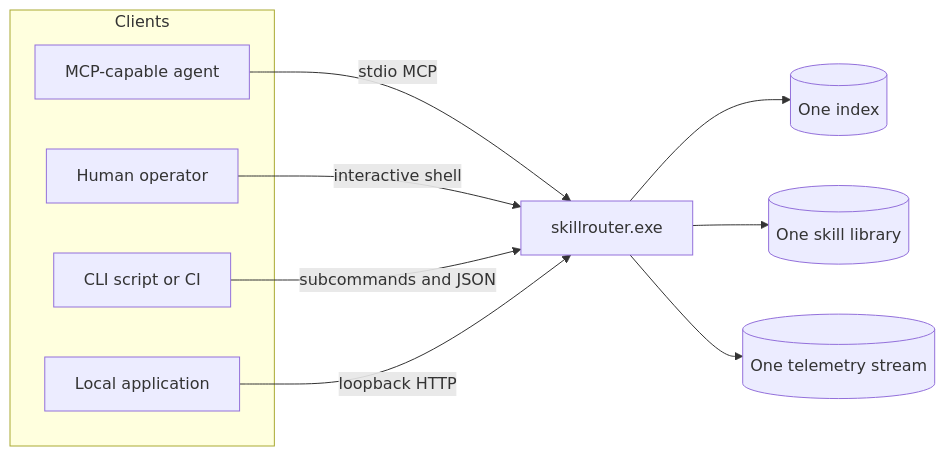
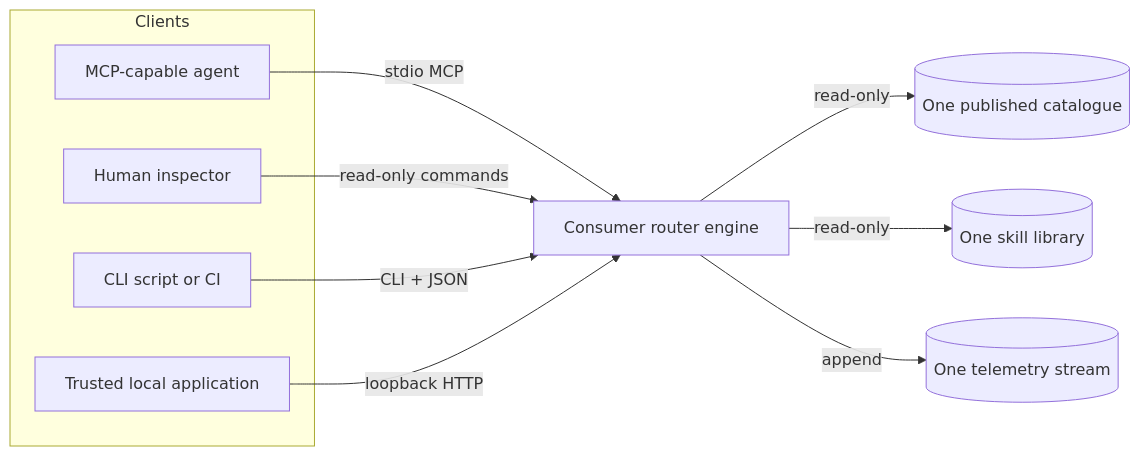
The third of 6 diagrams in docs/INTEGRATION_PATTERNS.md (moritzketzer/skill-router), drawn with Mermaid before and after one commit. The commit also changed other lines of this file and 17 other files, not shown here.

````diff
--- a/docs/INTEGRATION_PATTERNS.md
+++ b/docs/INTEGRATION_PATTERNS.md
@@ -64,18 +65,18 @@
 ```mermaid
 flowchart LR
     subgraph Clients
         M[MCP-capable agent]
-        S[Human operator]
+        S[Human inspector]
         C[CLI script or CI]
-        H[Local application]
+        H[Trusted local application]
     end
 
-    M -->|stdio MCP| R[skillrouter.exe]
-    S -->|interactive shell| R
-    C -->|subcommands and JSON| R
+    M -->|stdio MCP| R[Consumer router engine]
+    S -->|read-only commands| R
+    C -->|CLI + JSON| R
     H -->|loopback HTTP| R
 
-    R --> I[(One index)]
-    R --> L[(One skill library)]
-    R --> T[(One telemetry stream)]
+    R -->|read-only| I[(One published catalogue)]
+    R -->|read-only| L[(One skill library)]
+    R -->|append| T[(One telemetry stream)]
 ```
````
